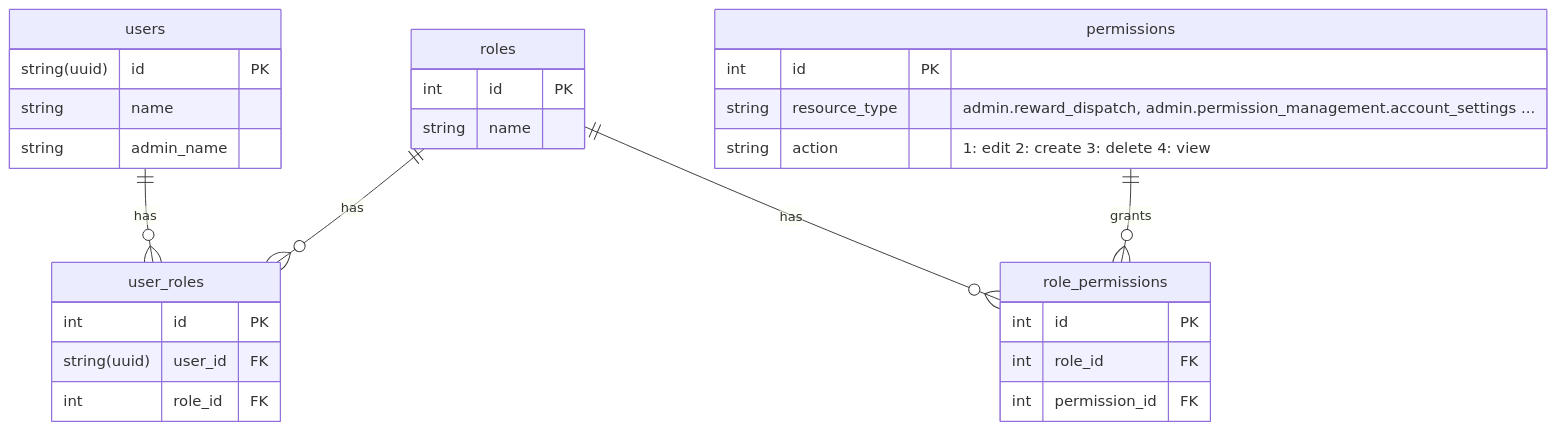
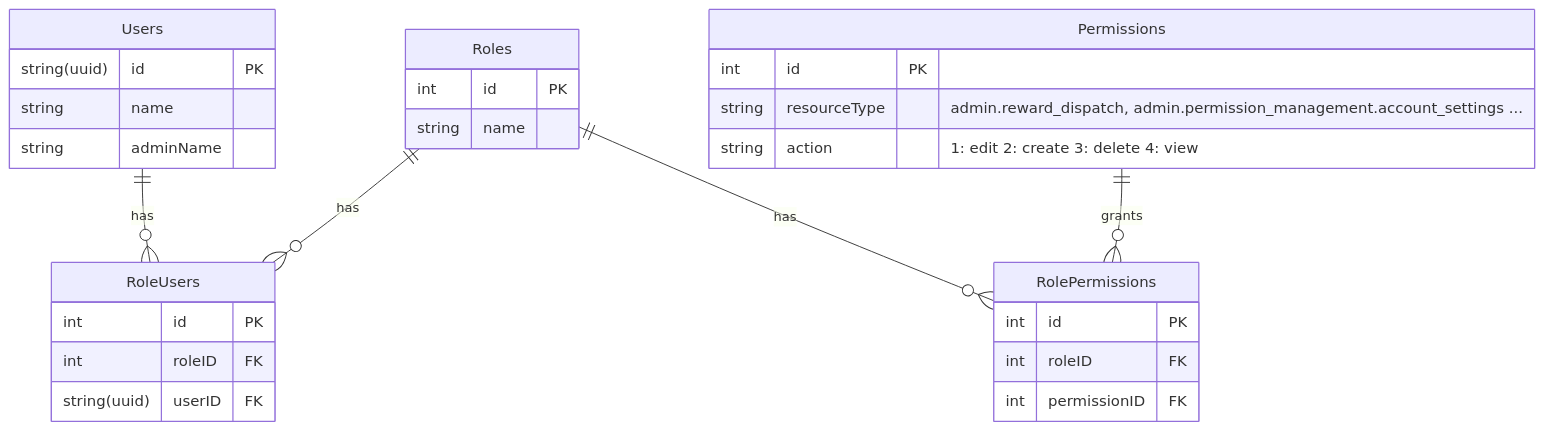
One commit to harry-tsai/notebook changed the second of 2 diagrams in api/design/permission_management/README.md. Above: the diagram before and after it, drawn with Mermaid. The commit also changed other lines of this file, not shown here.

Commit message:
update database schema naming

````diff
--- a/api/design/permission_management/README.md
+++ b/api/design/permission_management/README.md
@@ -242,36 +242,36 @@
 ```mermaid
 erDiagram
-    users 1--many(0) user_roles : has
-    roles 1--many(0) user_roles : has
-    roles 1--many(0) role_permissions : has
-    permissions 1--many(0) role_permissions : grants
+    Users 1--many(0) RoleUsers : has
+    Roles 1--many(0) RoleUsers : has
+    Roles 1--many(0) RolePermissions : has
+    Permissions 1--many(0) RolePermissions : grants
 
-    users {
+    Users {
         string(uuid) id PK
         string name
-        string admin_name
+        string adminName
     }
 
-    roles {
+    Roles {
         int id PK
         string name
     }
 
-    permissions {
+    Permissions {
         int id PK
-        string resource_type "admin.reward_dispatch, admin.permission_management.account_settings ..."
+        string resourceType "admin.reward_dispatch, admin.permission_management.account_settings ..."
         string action "1: edit 2: create 3: delete 4: view"
     }
 
-    user_roles {
+    RoleUsers {
         int id PK
-        string(uuid) user_id FK
-        int role_id FK
+        int roleID FK
+        string(uuid) userID FK
     }
 
-    role_permissions {
+    RolePermissions {
         int id PK
-        int role_id FK
-        int permission_id FK
+        int roleID FK
+        int permissionID FK
     }
 ```
````
